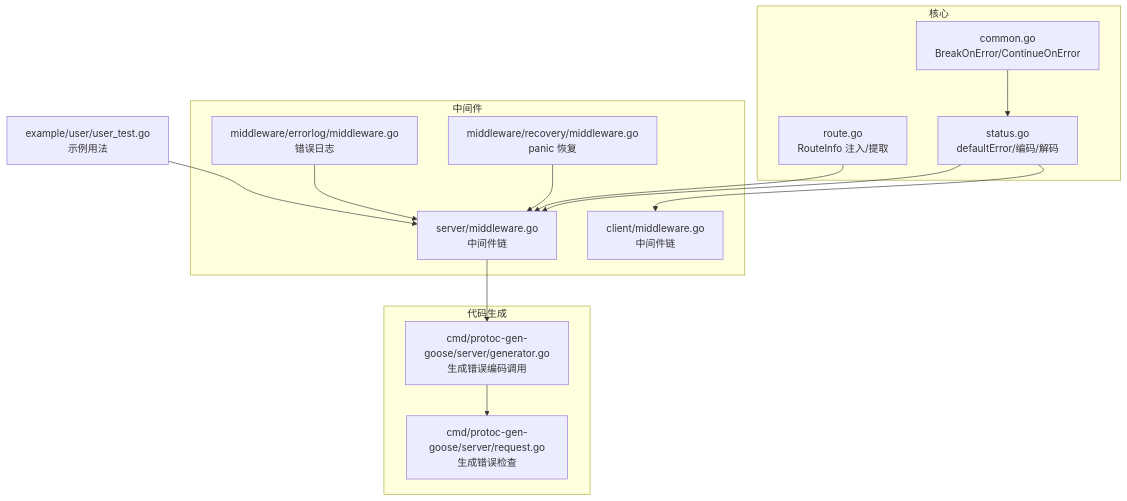
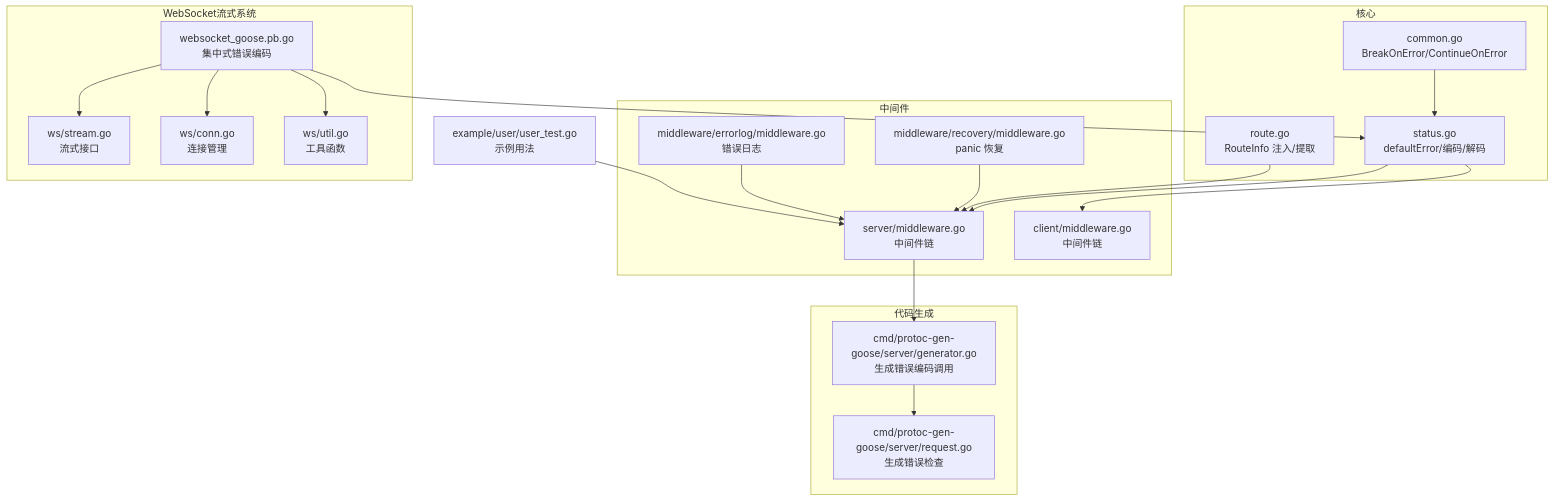
The first of 5 diagrams in .agents/repowiki/zh/content/错误处理和调试/错误处理机制.md (soyacen/goose), drawn with Mermaid before and after one commit. The commit also changed other lines of this file and 6 other files, not shown here.

First line of the commit message:
Refactor WebSocket connection handling and stream creation

````diff
--- a/.agents/repowiki/zh/content/错误处理和调试/错误处理机制.md
+++ b/.agents/repowiki/zh/content/错误处理和调试/错误处理机制.md
@@ -41,28 +57,38 @@
 ```mermaid
 graph TB
 subgraph "核心"
 C["common.go<br/>BreakOnError/ContinueOnError"]
 S["status.go<br/>defaultError/编码/解码"]
 R["route.go<br/>RouteInfo 注入/提取"]
 end
 subgraph "中间件"
 SRV_MW["server/middleware.go<br/>中间件链"]
 CLI_MW["client/middleware.go<br/>中间件链"]
 REC_MW["middleware/recovery/middleware.go<br/>panic 恢复"]
 ERRLOG_MW["middleware/errorlog/middleware.go<br/>错误日志"]
+end
+subgraph "WebSocket流式系统"
+WS_HANDLER["websocket_goose.pb.go<br/>集中式错误编码"]
+WS_STREAM["ws/stream.go<br/>流式接口"]
+WS_CONN["ws/conn.go<br/>连接管理"]
+WS_UTIL["ws/util.go<br/>工具函数"]
 end
 subgraph "代码生成"
 GEN["cmd/protoc-gen-goose/server/generator.go<br/>生成错误编码调用"]
 REQ["cmd/protoc-gen-goose/server/request.go<br/>生成错误检查"]
 end
 EX["example/user/user_test.go<br/>示例用法"]
 C --> S
 S --> SRV_MW
 S --> CLI_MW
 SRV_MW --> GEN
 GEN --> REQ
 R --> SRV_MW
 REC_MW --> SRV_MW
 ERRLOG_MW --> SRV_MW
+WS_HANDLER --> WS_STREAM
+WS_HANDLER --> WS_CONN
+WS_HANDLER --> WS_UTIL
+WS_HANDLER --> S
 EX --> SRV_MW
 ```
````
